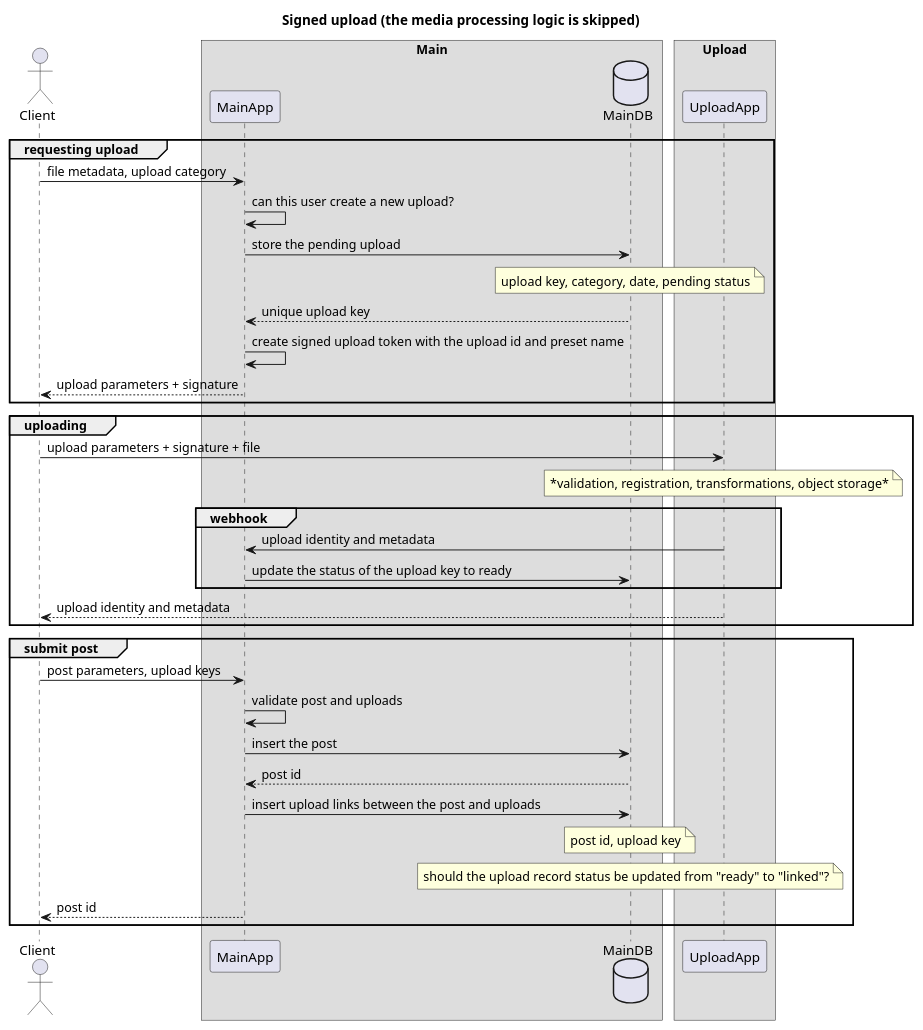
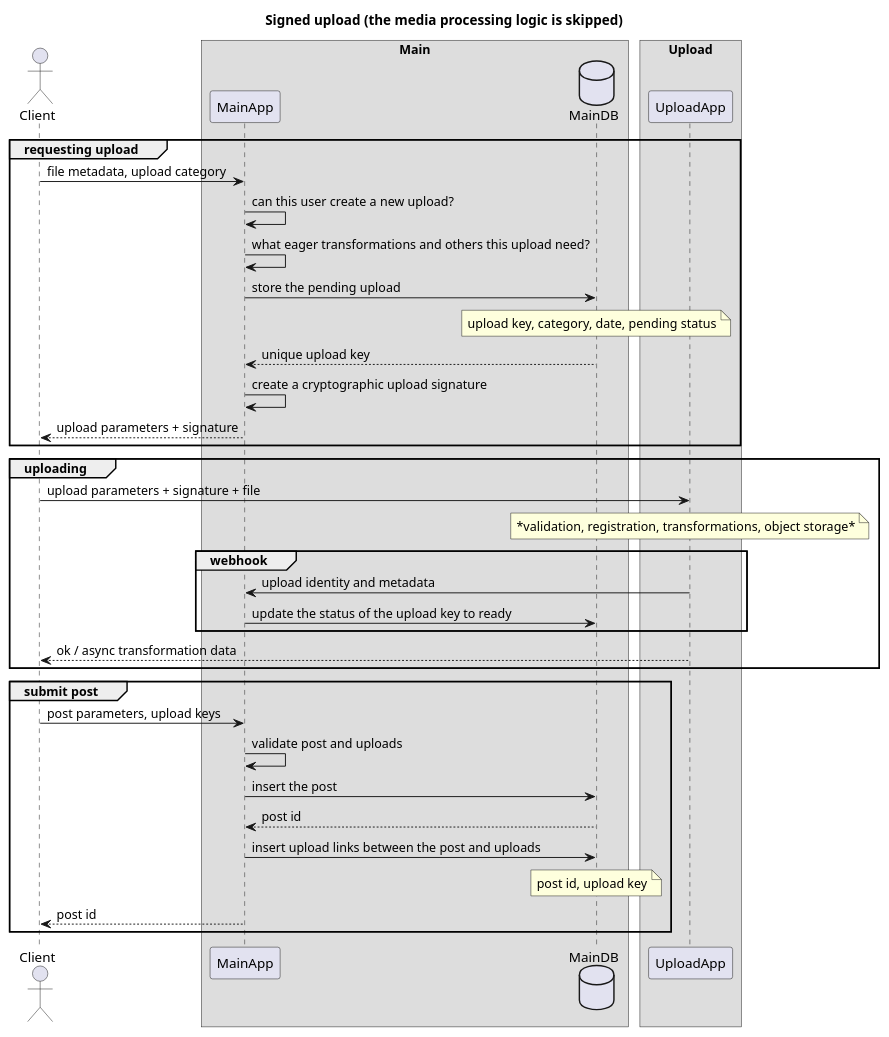
Before and after one commit to peter-peter-22/java-social-app: the diagram in java/planning/media/signed_upload.puml, drawn with PlantUML. The commit also changed 6 other files, not shown here.

```diff
--- a/java/planning/media/signed_upload.puml
+++ b/java/planning/media/signed_upload.puml
@@ -1,50 +1,50 @@
 @startuml
 
 title Signed upload (the media processing logic is skipped)
 
 skinparam BoxPadding 5
 skinparam ParticipantPadding 5
 
 actor Client
 
 box Main
 participant MainApp
 database MainDB
 endbox
 
 box Upload
 participant UploadApp
 endbox
 
 group requesting upload
 Client->MainApp: file metadata, upload category
 MainApp->MainApp: can this user create a new upload?
+MainApp->MainApp: what eager transformations and others this upload need?
 MainApp->MainDB: store the pending upload
 note over MainDB: upload key, category, date, pending status
 return unique upload key
-MainApp->MainApp: create signed upload token with the upload id and preset name
+MainApp->MainApp: create a cryptographic upload signature
 MainApp-->Client: upload parameters + signature
 end
 
 group uploading
 Client->UploadApp: upload parameters + signature + file
 note over UploadApp: *validation, registration, transformations, object storage*
 group webhook
 UploadApp->MainApp: upload identity and metadata
 MainApp->MainDB: update the status of the upload key to ready
 end
-UploadApp-->Client: upload identity and metadata
+UploadApp-->Client: ok / async transformation data
 end
 
 group submit post
 Client->MainApp: post parameters, upload keys
 MainApp->MainApp: validate post and uploads
 MainApp->MainDB: insert the post
 return post id
 MainApp->MainDB: insert upload links between the post and uploads
 note over MainDB: post id, upload key
-note over MainDB: should the upload record status be updated from "ready" to "linked"?
 MainApp-->Client: post id
 end
 
 @enduml
```
